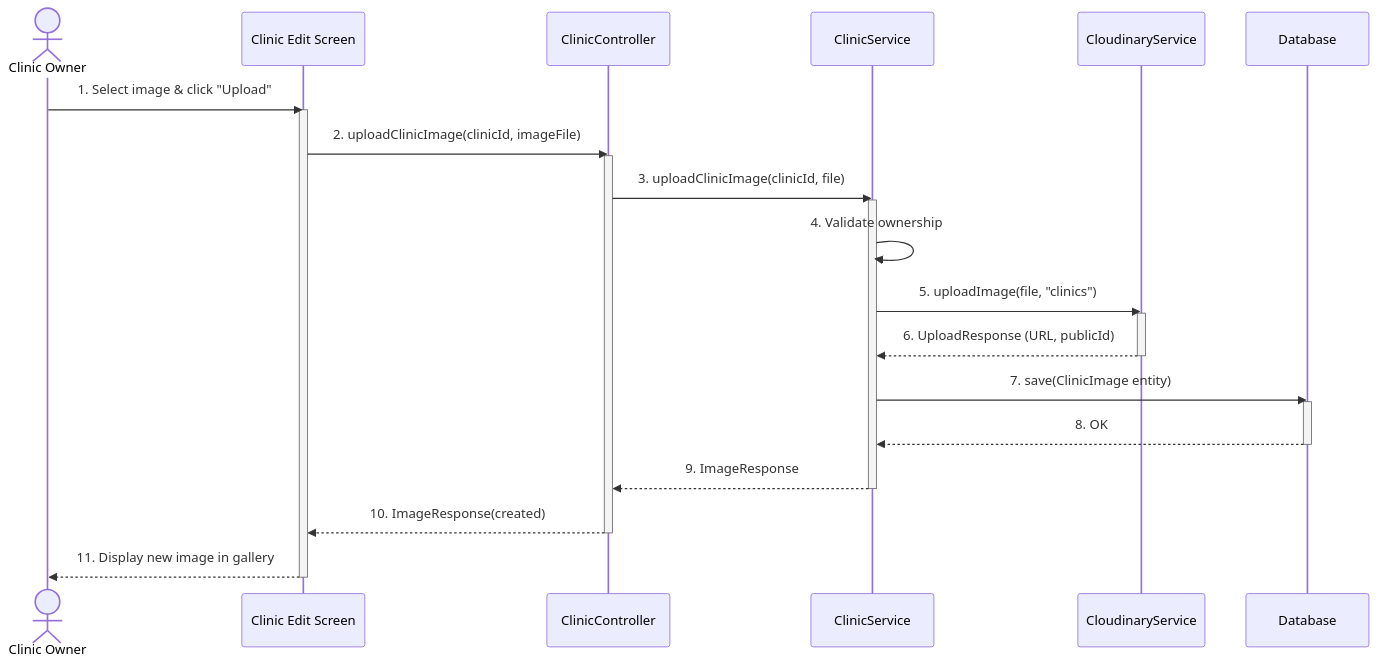
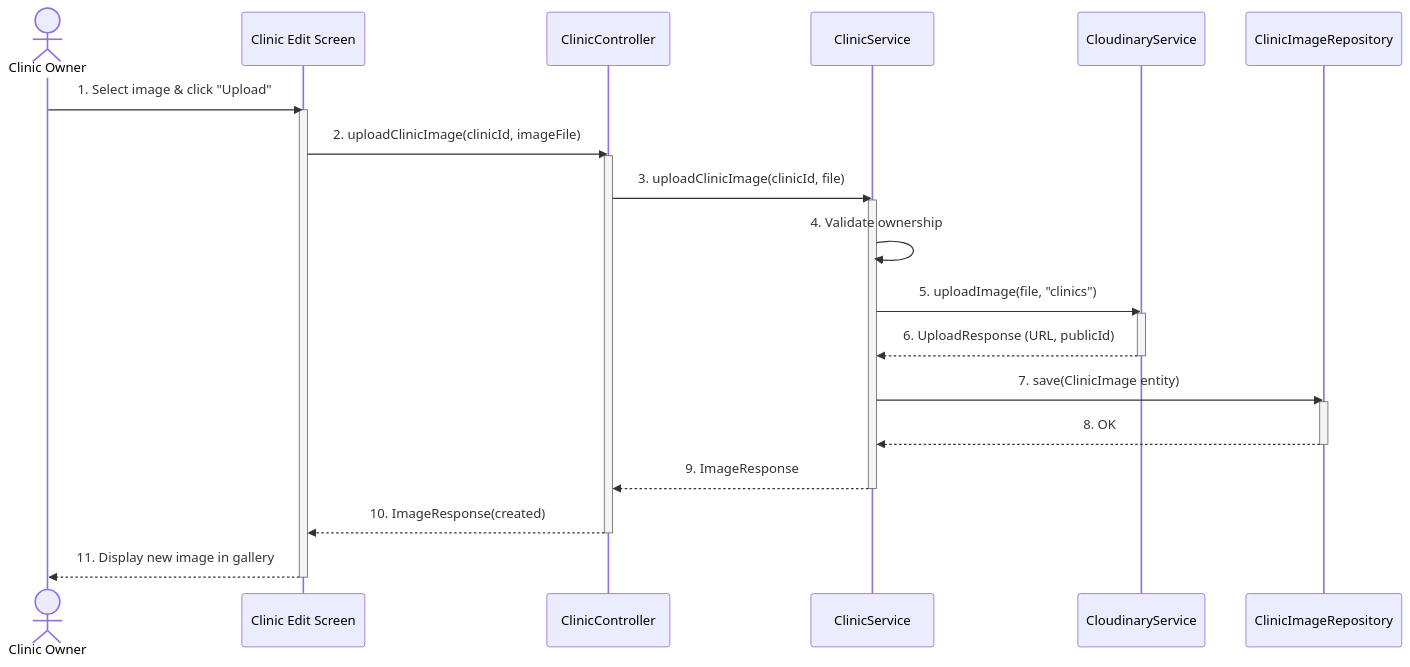
Before and after one commit to espresso23/Petties-Veterinary-Appointment-Booking-Platform: diagram 22 of 40 in docs-references/documentation/SDD/REPORT_4_SDD_SYSTEM_DESIGN.md, drawn with Mermaid. The commit also changed other lines of this file and 132 other files, not shown here.

````diff
--- a/docs-references/documentation/SDD/REPORT_4_SDD_SYSTEM_DESIGN.md
+++ b/docs-references/documentation/SDD/REPORT_4_SDD_SYSTEM_DESIGN.md
@@ -1265,31 +1677,31 @@
 ```mermaid
 sequenceDiagram
     actor Owner as Clinic Owner
     participant UI as Clinic Edit Screen
     participant CC as ClinicController
     participant CS as ClinicService
     participant Cloud as CloudinaryService
-    participant DB as Database
+    participant CIR as ClinicImageRepository
 
     Owner->>UI: 1. Select image & click "Upload"
     activate UI
     UI->>CC: 2. uploadClinicImage(clinicId, imageFile)
     activate CC
     CC->>CS: 3. uploadClinicImage(clinicId, file)
     activate CS
     CS->>CS: 4. Validate ownership
     CS->>Cloud: 5. uploadImage(file, "clinics")
     activate Cloud
     Cloud-->>CS: 6. UploadResponse (URL, publicId)
     deactivate Cloud
-    CS->>DB: 7. save(ClinicImage entity)
-    activate DB
-    DB-->>CS: 8. OK
-    deactivate DB
+    CS->>CIR: 7. save(ClinicImage entity)
+    activate CIR
+    CIR-->>CS: 8. OK
+    deactivate CIR
     CS-->>CC: 9. ImageResponse
     deactivate CS
     CC-->>UI: 10. ImageResponse(created)
     deactivate CC
     UI-->>Owner: 11. Display new image in gallery
     deactivate UI
 ```
````
